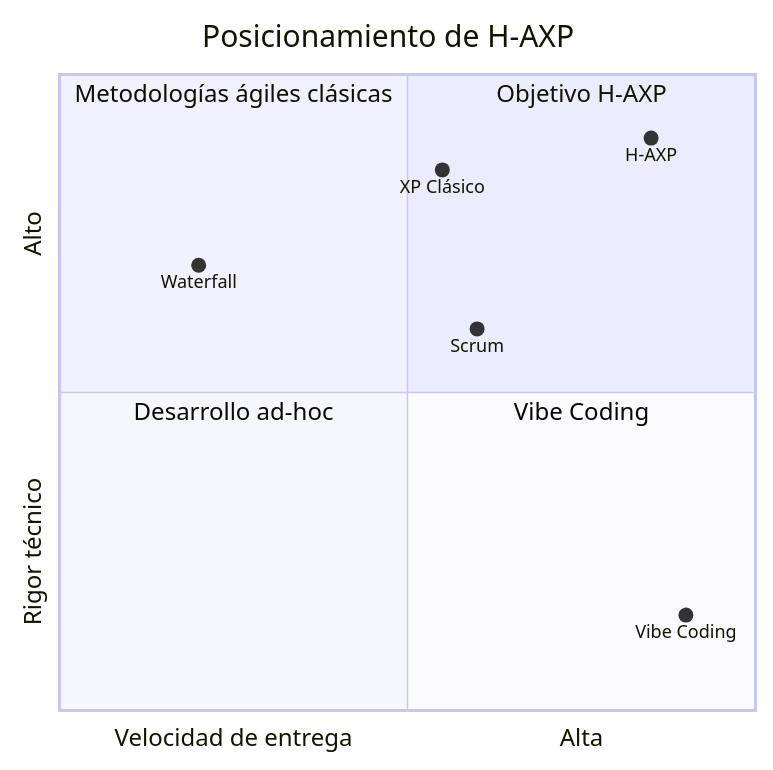
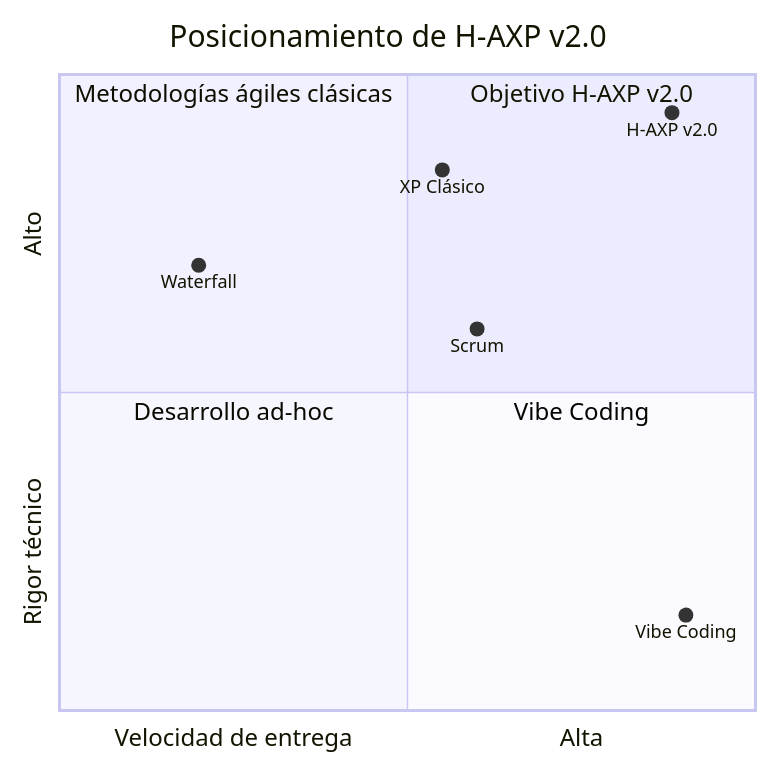
The second of 3 diagrams in docs/10-conclusiones.md (brunoguzman-dev/H-AXP), drawn with Mermaid before and after one commit. The commit also changed other lines of this file and 20 other files, not shown here.

````diff
--- a/docs/10-conclusiones.md
+++ b/docs/10-conclusiones.md
@@ -51,15 +52,15 @@
 ```mermaid
 quadrantChart
-    title Posicionamiento de H-AXP
+    title Posicionamiento de H-AXP v2.0
     x-axis "Velocidad de entrega" --> Alta
     y-axis "Rigor técnico" --> Alto
-    quadrant-1 "Objetivo H-AXP"
+    quadrant-1 "Objetivo H-AXP v2.0"
     quadrant-2 "Metodologías ágiles clásicas"
     quadrant-3 "Desarrollo ad-hoc"
     quadrant-4 "Vibe Coding"
-    H-AXP: [0.85, 0.90]
+    H-AXP v2.0: [0.88, 0.94]
     XP Clásico: [0.55, 0.85]
     Scrum: [0.60, 0.60]
     Vibe Coding: [0.90, 0.15]
     Waterfall: [0.20, 0.70]
 ```
````
